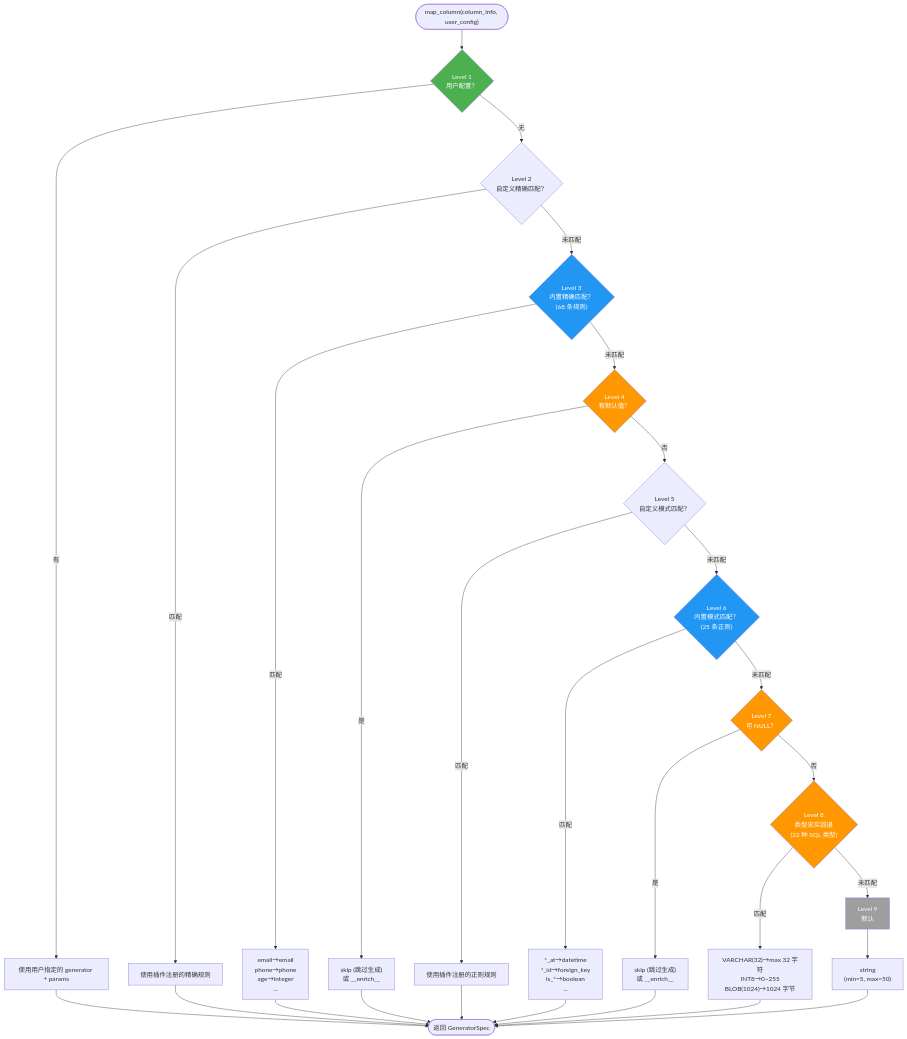
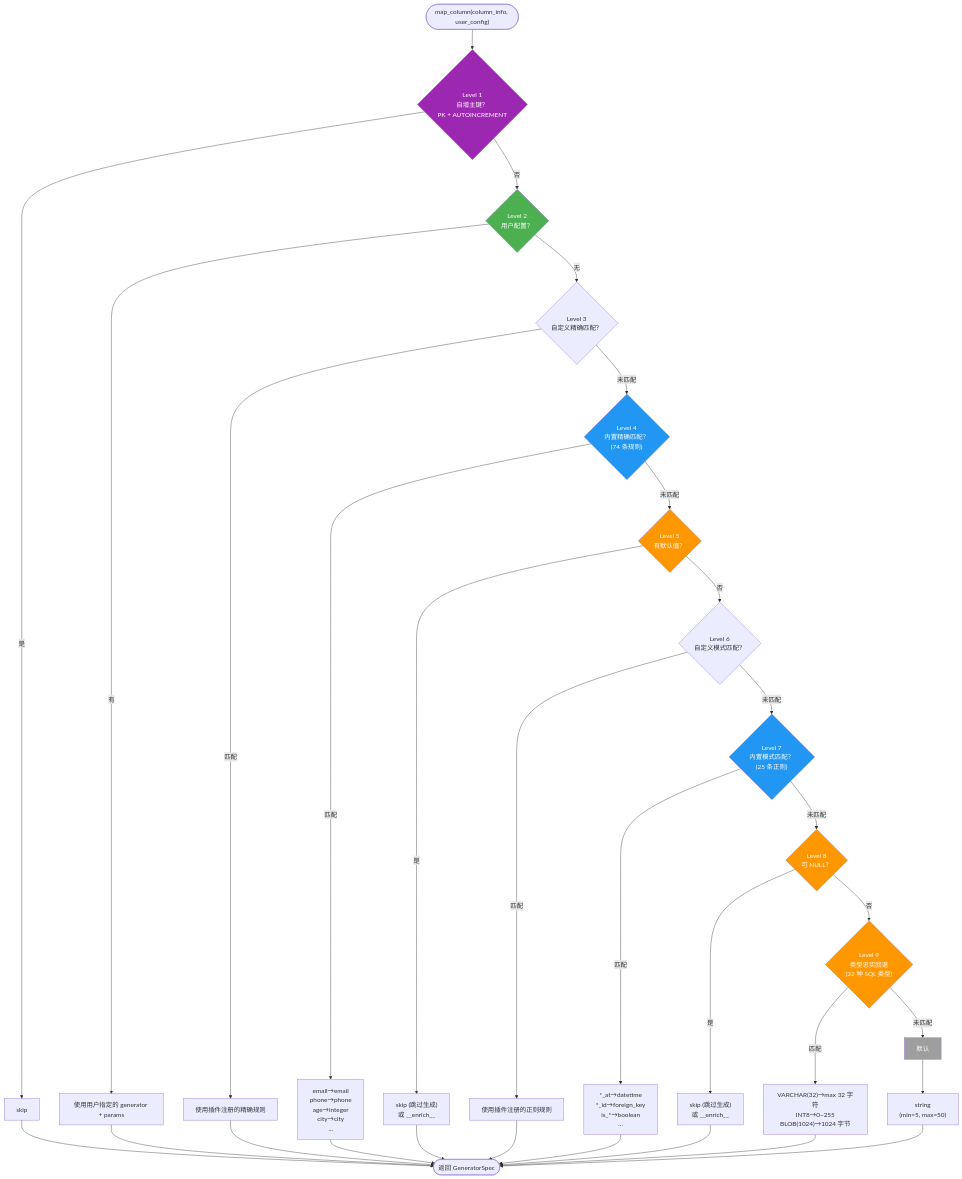
Before and after one commit to sunbos/sqlseed: the third of 10 diagrams in docs/architecture.md, drawn with Mermaid. The commit also changed other lines of this file, not shown here.

Commit message:
docs: sync architecture.md with source code
- Add missing Level 1 (autoincrement PK) to 9-level mapper flowchart,
  fix rule count from 68 to 74
- Update DataProvider generator count from 24 to 31
- Add missing `enrich` field to TableConfig class diagram
- Add missing `source_column` field to ColumnAssociation class diagram

````diff
--- a/docs/architecture.md
+++ b/docs/architecture.md
@@ -188,48 +188,53 @@
 ```mermaid
 flowchart TD
     Start(["map_column(column_info, user_config)"]) --> L1
 
-    L1{"Level 1<br/>用户配置？"} -->|有| R1["使用用户指定的 generator + params"]
-    L1 -->|无| L2
+    L1{"Level 1<br/>自增主键？<br/>PK + AUTOINCREMENT"} -->|是| R1["skip"]
+    L1 -->|否| L2
 
-    L2{"Level 2<br/>自定义精确匹配？"} -->|匹配| R2["使用插件注册的精确规则"]
-    L2 -->|未匹配| L3
+    L2{"Level 2<br/>用户配置？"} -->|有| R2["使用用户指定的 generator + params"]
+    L2 -->|无| L3
 
-    L3{"Level 3<br/>内置精确匹配？<br/>(68 条规则)"} -->|匹配| R3["email→email<br/>phone→phone<br/>age→integer<br/>..."]
+    L3{"Level 3<br/>自定义精确匹配？"} -->|匹配| R3["使用插件注册的精确规则"]
     L3 -->|未匹配| L4
 
-    L4{"Level 4<br/>有默认值？"} -->|是| R4["skip (跳过生成)<br/>或 __enrich__"]
-    L4 -->|否| L5
+    L4{"Level 4<br/>内置精确匹配？<br/>(74 条规则)"} -->|匹配| R4["email→email<br/>phone→phone<br/>age→integer<br/>city→city<br/>..."]
+    L4 -->|未匹配| L5
 
-    L5{"Level 5<br/>自定义模式匹配？"} -->|匹配| R5["使用插件注册的正则规则"]
-    L5 -->|未匹配| L6
+    L5{"Level 5<br/>有默认值？"} -->|是| R5["skip (跳过生成)<br/>或 __enrich__"]
+    L5 -->|否| L6
 
-    L6{"Level 6<br/>内置模式匹配？<br/>(25 条正则)"} -->|匹配| R6["*_at→datetime<br/>*_id→foreign_key<br/>is_*→boolean<br/>..."]
+    L6{"Level 6<br/>自定义模式匹配？"} -->|匹配| R6["使用插件注册的正则规则"]
     L6 -->|未匹配| L7
 
-    L7{"Level 7<br/>可 NULL？"} -->|是| R7["skip (跳过生成)<br/>或 __enrich__"]
-    L7 -->|否| L8
+    L7{"Level 7<br/>内置模式匹配？<br/>(25 条正则)"} -->|匹配| R7["*_at→datetime<br/>*_id→foreign_key<br/>is_*→boolean<br/>..."]
+    L7 -->|未匹配| L8
 
-    L8{"Level 8<br/>类型忠实回退<br/>(22 种 SQL 类型)"} -->|匹配| R8["VARCHAR(32)→max 32 字符<br/>INT8→0~255<br/>BLOB(1024)→1024 字节"]
-    L8 -->|未匹配| L9
+    L8{"Level 8<br/>可 NULL？"} -->|是| R8["skip (跳过生成)<br/>或 __enrich__"]
+    L8 -->|否| L9
 
-    L9["Level 9<br/>默认"] --> R9["string<br/>(min=5, max=50)"]
+    L9{"Level 9<br/>类型忠实回退<br/>(22 种 SQL 类型)"} -->|匹配| R9["VARCHAR(32)→max 32 字符<br/>INT8→0~255<br/>BLOB(1024)→1024 字节"]
+    L9 -->|未匹配| L10
+
+    L10["默认"] --> R10["string<br/>(min=5, max=50)"]
 
     R1 --> Done(["返回 GeneratorSpec"])
     R2 --> Done
     R3 --> Done
     R4 --> Done
     R5 --> Done
     R6 --> Done
     R7 --> Done
     R8 --> Done
     R9 --> Done
+    R10 --> Done
 
-    style L1 fill:#4CAF50,color:#fff
-    style L3 fill:#2196F3,color:#fff
-    style L4 fill:#FF9800,color:#fff
-    style L6 fill:#2196F3,color:#fff
-    style L7 fill:#FF9800,color:#fff
+    style L1 fill:#9C27B0,color:#fff
+    style L2 fill:#4CAF50,color:#fff
+    style L4 fill:#2196F3,color:#fff
+    style L5 fill:#FF9800,color:#fff
+    style L7 fill:#2196F3,color:#fff
     style L8 fill:#FF9800,color:#fff
-    style L9 fill:#9E9E9E,color:#fff
+    style L9 fill:#FF9800,color:#fff
+    style L10 fill:#9E9E9E,color:#fff
 ```
````
